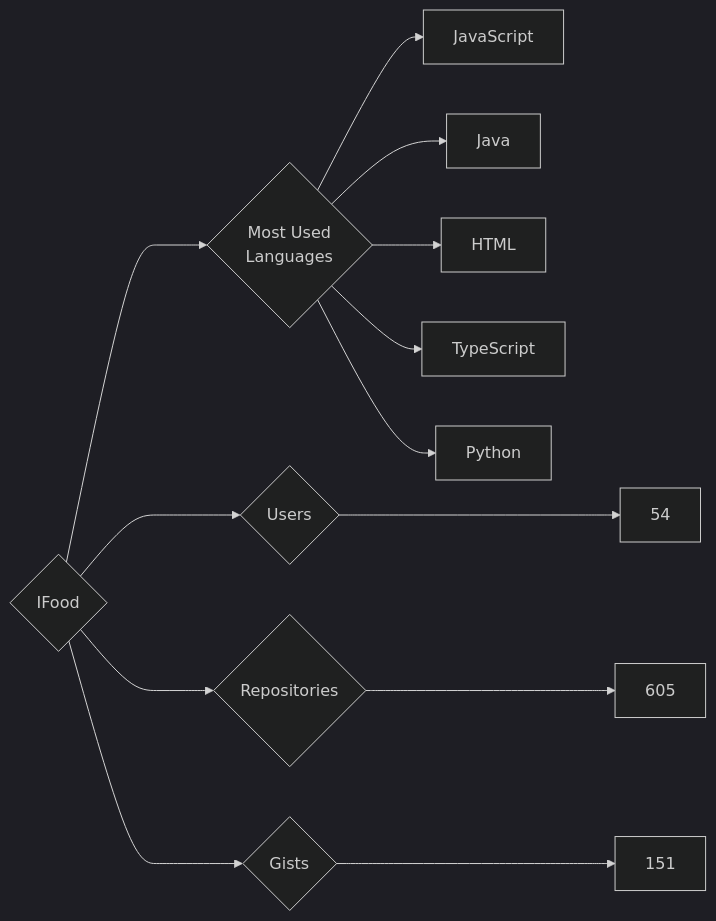
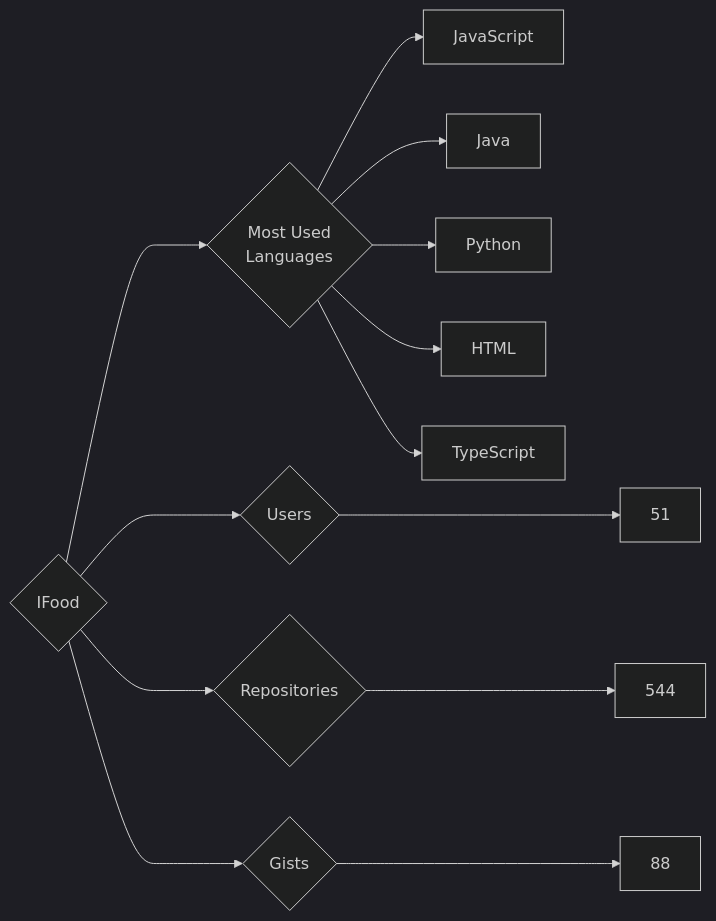
Before and after one commit to trickest/insiders: the diagram in targets/IFood/README.md, drawn with Mermaid (dark theme). The commit also changed 748 other files, not shown here.

````diff
--- a/targets/IFood/README.md
+++ b/targets/IFood/README.md
@@ -3,13 +3,13 @@
 ```mermaid
 graph LR
 COMPANY_NAME{IFood}
-COMPANY_NAME ---> U{Users} ---> UN[54]
-COMPANY_NAME ---> R{Repositories} ---> RN[605]
-COMPANY_NAME ---> G{Gists} ---> GN[151]
+COMPANY_NAME ---> U{Users} ---> UN[51]
+COMPANY_NAME ---> R{Repositories} ---> RN[544]
+COMPANY_NAME ---> G{Gists} ---> GN[88]
 COMPANY_NAME ---> ML{Most Used<br>Languages}
 ML --> JavaScript[JavaScript]
 ML --> Java[Java]
+ML --> Python[Python]
 ML --> HTML[HTML]
 ML --> TypeScript[TypeScript]
-ML --> Python[Python]
 ```
````
